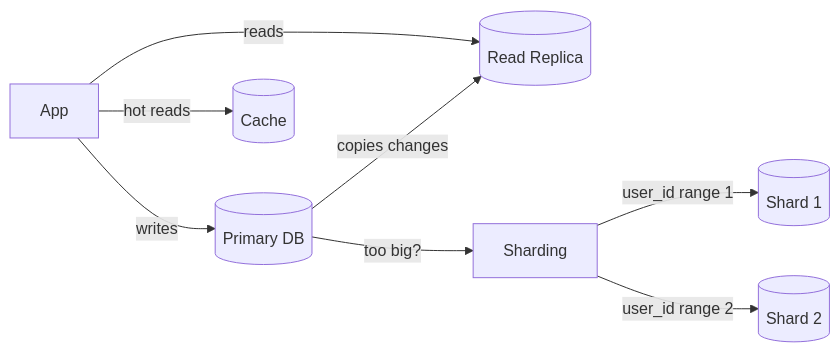
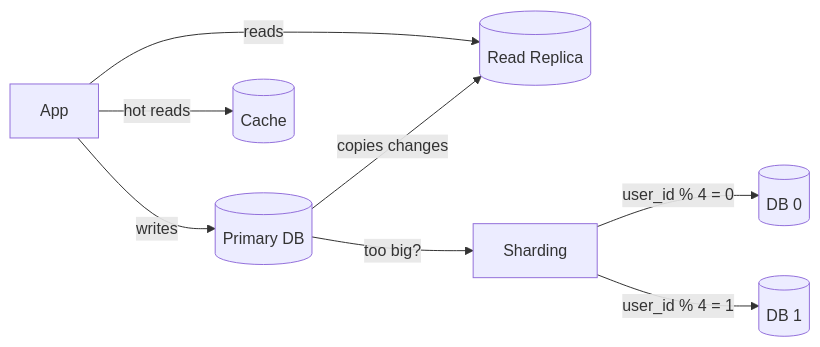
Before and after one commit to aaryan-pradhan/core-cs-fundamentals: the fourth of 4 diagrams in hld/09-data-modelling.md, drawn with Mermaid. The commit also changed other lines of this file, not shown here.

````diff
--- a/hld/09-data-modelling.md
+++ b/hld/09-data-modelling.md
@@ -150,10 +150,10 @@
 ```mermaid
 flowchart LR
     APP["App"] -->|"writes"| P[("Primary DB")]
     APP -->|"reads"| RR[("Read Replica")]
     APP -->|"hot reads"| C[("Cache")]
     P -->|"copies changes"| RR
     P -->|"too big?"| SH["Sharding"]
-    SH -->|"user_id range 1"| S1[("Shard 1")]
-    SH -->|"user_id range 2"| S2[("Shard 2")]
+    SH -->|"user_id % 4 = 0"| S1[("DB 0")]
+    SH -->|"user_id % 4 = 1"| S2[("DB 1")]
 ```
````
